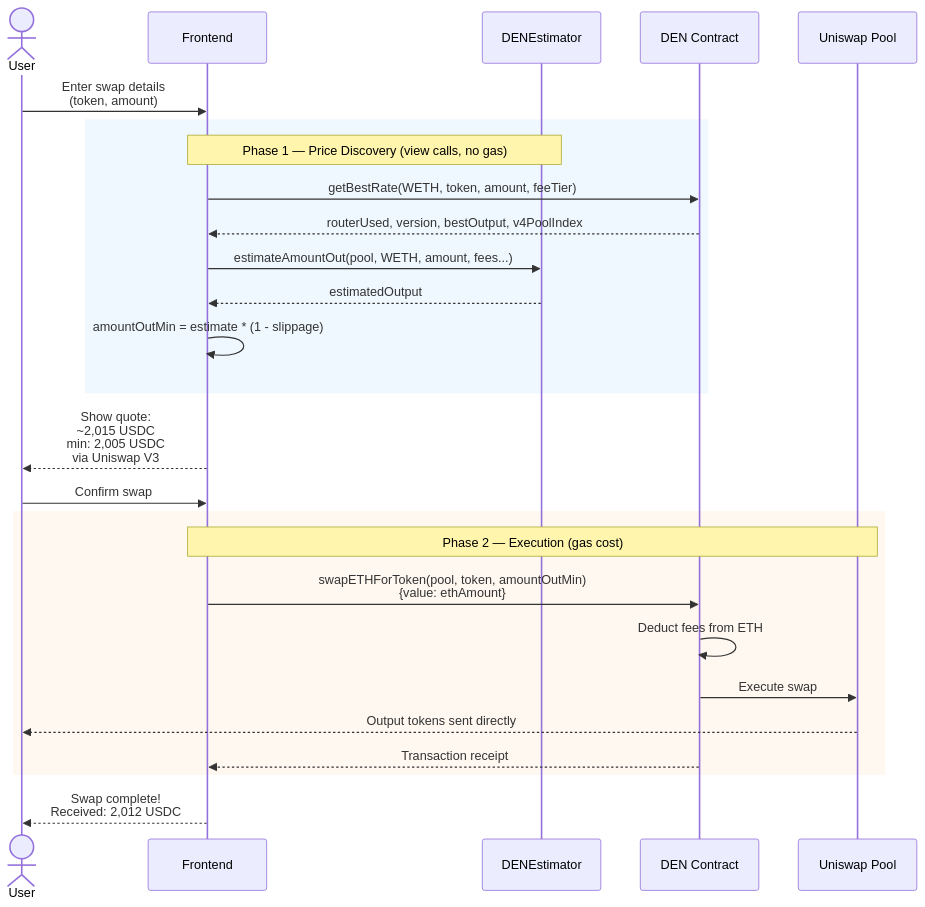
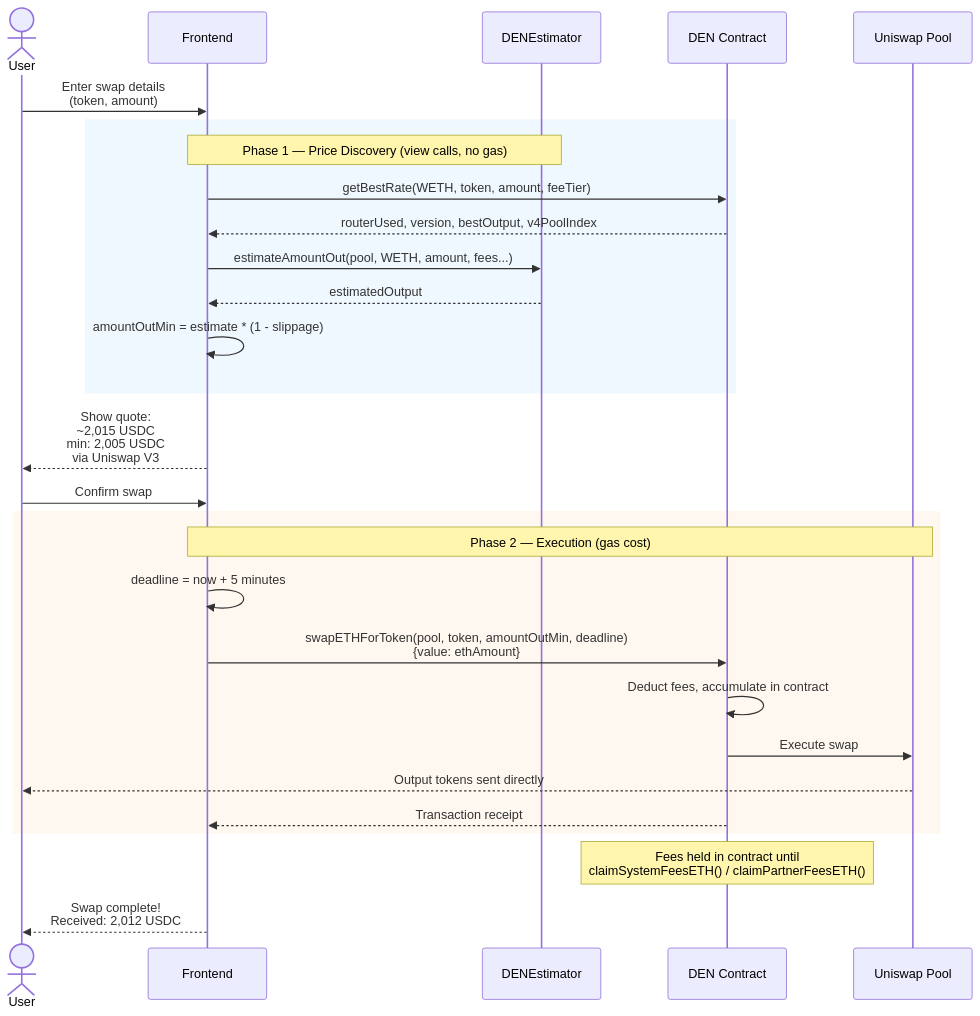
Before and after one commit to davidwyly/DEN: the second of 13 diagrams in docs/SWAP_FLOW_DIAGRAMS.md, drawn with Mermaid. The commit also changed other lines of this file and 6 other files, not shown here.

````diff
--- a/docs/SWAP_FLOW_DIAGRAMS.md
+++ b/docs/SWAP_FLOW_DIAGRAMS.md
@@ -42,34 +42,36 @@
 ```mermaid
 sequenceDiagram
     actor User
     participant UI as Frontend
     participant EST as DENEstimator
     participant DEN as DEN Contract
     participant Pool as Uniswap Pool
 
     User->>UI: Enter swap details<br/>(token, amount)
 
     rect rgb(240, 248, 255)
         Note over UI,EST: Phase 1 — Price Discovery (view calls, no gas)
         UI->>DEN: getBestRate(WETH, token, amount, feeTier)
         DEN-->>UI: routerUsed, version, bestOutput, v4PoolIndex
         UI->>EST: estimateAmountOut(pool, WETH, amount, fees...)
         EST-->>UI: estimatedOutput
         UI->>UI: amountOutMin = estimate * (1 - slippage)
     end
 
     UI-->>User: Show quote:<br/>~2,015 USDC<br/>min: 2,005 USDC<br/>via Uniswap V3
 
     User->>UI: Confirm swap
 
     rect rgb(255, 248, 240)
         Note over UI,Pool: Phase 2 — Execution (gas cost)
-        UI->>DEN: swapETHForToken(pool, token, amountOutMin)<br/>{value: ethAmount}
-        DEN->>DEN: Deduct fees from ETH
+        UI->>UI: deadline = now + 5 minutes
+        UI->>DEN: swapETHForToken(pool, token, amountOutMin, deadline)<br/>{value: ethAmount}
+        DEN->>DEN: Deduct fees, accumulate in contract
         DEN->>Pool: Execute swap
         Pool-->>User: Output tokens sent directly
         DEN-->>UI: Transaction receipt
     end
+    Note over DEN: Fees held in contract until<br/>claimSystemFeesETH() / claimPartnerFeesETH()
 
     UI-->>User: Swap complete!<br/>Received: 2,012 USDC
 ```
````
